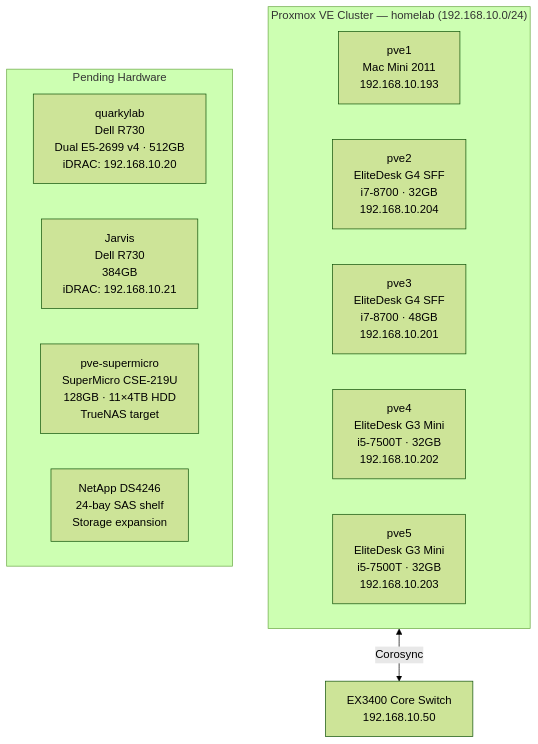
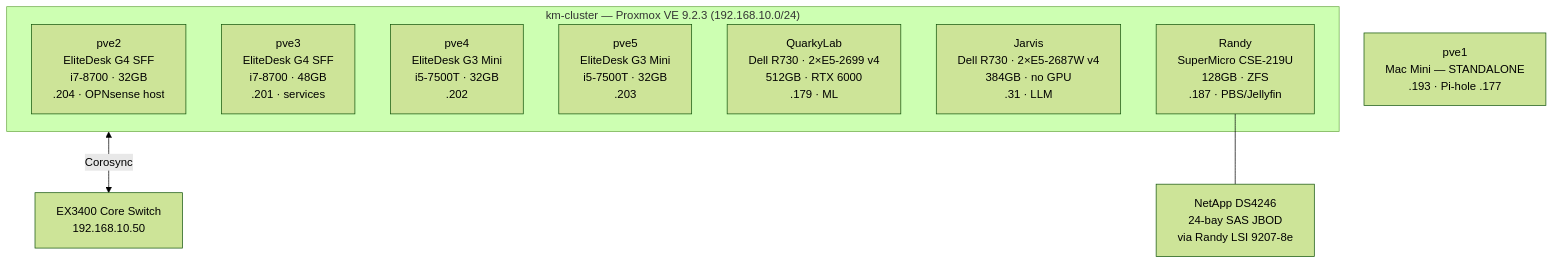
One commit to machismo0311/dotfiles changed the diagram in Vaults/homelab-vault/Infrastructure/Proxmox Cluster.md. Above: the diagram before and after it, drawn with Mermaid (forest theme). The commit also changed other lines of this file and 6 other files, not shown here.

````diff
--- a/Vaults/homelab-vault/Infrastructure/Proxmox Cluster.md
+++ b/Vaults/homelab-vault/Infrastructure/Proxmox Cluster.md
@@ -9,19 +9,18 @@
 ```mermaid
 flowchart TB
-    subgraph CLUSTER["Proxmox VE Cluster — homelab (192.168.10.0/24)"]
-        PVE1[pve1\nMac Mini 2011\n192.168.10.193]
-        PVE2[pve2\nEliteDesk G4 SFF\ni7-8700 · 32GB\n192.168.10.204]
-        PVE3[pve3\nEliteDesk G4 SFF\ni7-8700 · 48GB\n192.168.10.201]
-        PVE4[pve4\nEliteDesk G3 Mini\ni5-7500T · 32GB\n192.168.10.202]
-        PVE5[pve5\nEliteDesk G3 Mini\ni5-7500T · 32GB\n192.168.10.203]
+    subgraph CLUSTER["km-cluster — Proxmox VE 9.2.3 (192.168.10.0/24)"]
+        PVE2[pve2\nEliteDesk G4 SFF\ni7-8700 · 32GB\n.204 · OPNsense host]
+        PVE3[pve3\nEliteDesk G4 SFF\ni7-8700 · 48GB\n.201 · services]
+        PVE4[pve4\nEliteDesk G3 Mini\ni5-7500T · 32GB\n.202]
+        PVE5[pve5\nEliteDesk G3 Mini\ni5-7500T · 32GB\n.203]
+        QUARK[QuarkyLab\nDell R730 · 2×E5-2699 v4\n512GB · RTX 6000\n.179 · ML]
+        JARVIS[Jarvis\nDell R730 · 2×E5-2687W v4\n384GB · no GPU\n.31 · LLM]
+        RANDY[Randy\nSuperMicro CSE-219U\n128GB · ZFS\n.187 · PBS/Jellyfin]
     end
 
-    subgraph PENDING["Pending Hardware"]
-        R730A[quarkylab\nDell R730\nDual E5-2699 v4 · 512GB\niDRAC: 192.168.10.20]
-        R730B[Jarvis\nDell R730\n384GB\niDRAC: 192.168.10.21]
-        SMC[pve-supermicro\nSuperMicro CSE-219U\n128GB · 11×4TB HDD\nTrueNAS target]
-        NAS[NetApp DS4246\n24-bay SAS shelf\nStorage expansion]
-    end
+    PVE1[pve1\nMac Mini — STANDALONE\n.193 · Pi-hole .177]
+    NAS[NetApp DS4246\n24-bay SAS JBOD\nvia Randy LSI 9207-8e]
 
     CLUSTER <-->|Corosync| NETWORK[EX3400 Core Switch\n192.168.10.50]
+    RANDY --- NAS
 ```
````
